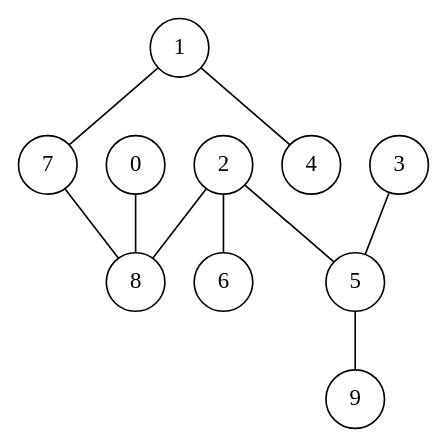
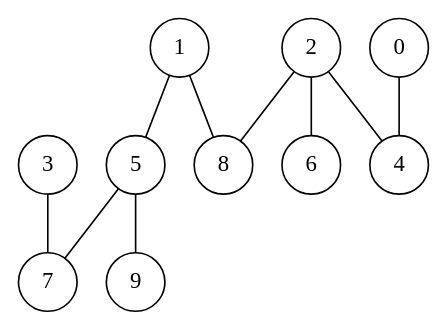
One commit to rafaelpeixoto7559/TI4-Games changed the diagram in Assets/grafo.dot. Above: the diagram before and after it, drawn with Graphviz. The commit also changed 13 other files, not shown here.

```diff
--- a/Assets/grafo.dot
+++ b/Assets/grafo.dot
@@ -1,12 +1,12 @@
 graph G {
     node [shape=circle];
+    5 -- 7;
+    5 -- 9;
+    0 -- 4;
+    3 -- 7;
+    1 -- 5;
     2 -- 6;
+    2 -- 4;
+    1 -- 8;
     2 -- 8;
-    0 -- 8;
-    1 -- 4;
-    7 -- 8;
-    5 -- 9;
-    1 -- 7;
-    3 -- 5;
-    2 -- 5;
 }
```
